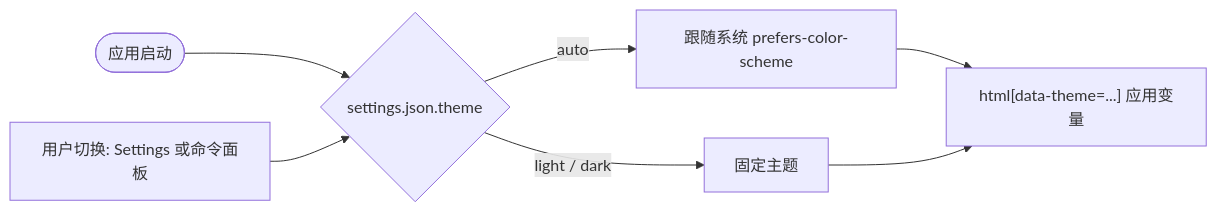
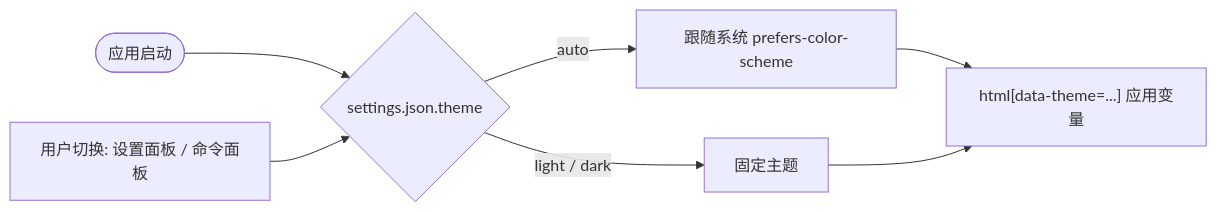
One commit to jinhuang712/open-novel changed the diagram in design/00-design-tokens.md. Above: the diagram before and after it, drawn with Mermaid. The commit also changed other lines of this file and 79 other files, not shown here.

````diff
--- a/design/00-design-tokens.md
+++ b/design/00-design-tokens.md
@@ -26,9 +26,9 @@
 ```mermaid
 flowchart LR
   BOOT([应用启动]) --> CFG{settings.json.theme}
   CFG -->|auto| SYS[跟随系统 prefers-color-scheme]
   CFG -->|light / dark| FIX[固定主题]
   SYS --> APPLY["html[data-theme=...] 应用变量"]
   FIX --> APPLY
-  TOGGLE[用户切换: Settings 或命令面板] --> CFG
+  TOGGLE[用户切换: 设置面板 / 命令面板] --> CFG
 ```
````
